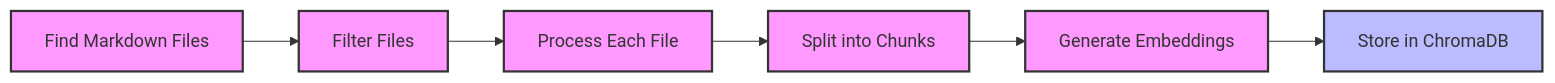
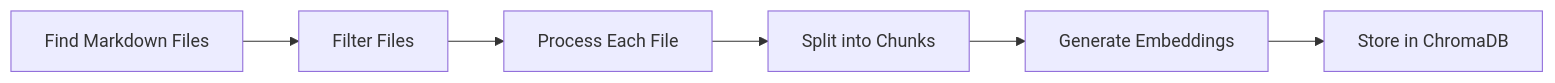
One commit to inherent-design/atlas changed the second of 2 diagrams in docs/workflows/retrieval.md. Above: the diagram before and after it, drawn with Mermaid. The commit also changed other lines of this file and 11 other files, not shown here.

````diff
--- a/docs/workflows/retrieval.md
+++ b/docs/workflows/retrieval.md
@@ -90,13 +85,8 @@
 ```mermaid
 flowchart LR
     A[Find Markdown Files] --> B[Filter Files]
     B --> C[Process Each File]
     C --> D[Split into Chunks]
     D --> E[Generate Embeddings]
     E --> F[Store in ChromaDB]
-
-    classDef process fill:#f9f,stroke:#333,stroke-width:2px
-    classDef data fill:#bbf,stroke:#333,stroke-width:2px
-    class F data
-    class A,B,C,D,E process
 ```
````
